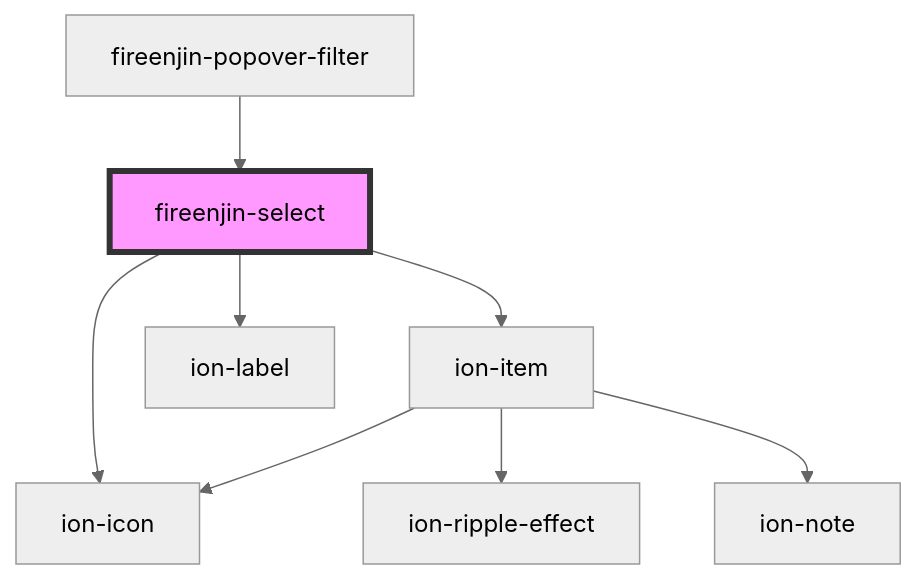
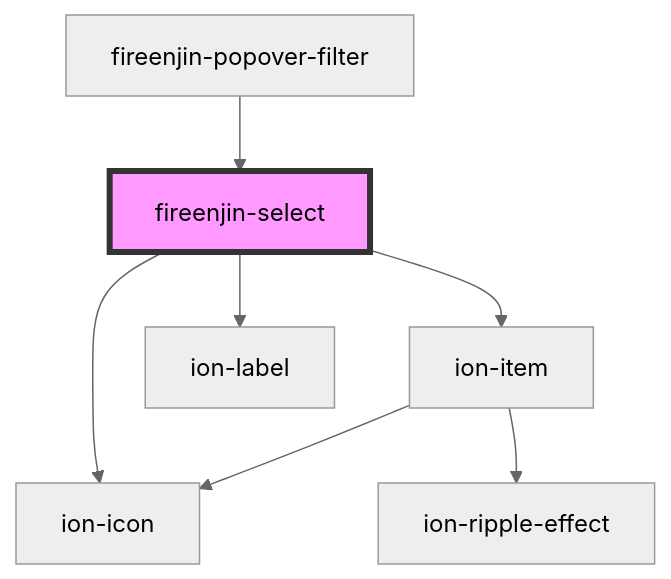
The diagram in src/components/select/readme.md (FireEnjin/Components), drawn with Mermaid (neutral theme) before and after one commit. The commit also changed 15 other files, not shown here.

````diff
--- a/src/components/select/readme.md
+++ b/src/components/select/readme.md
@@ -63,11 +63,10 @@
 ```mermaid
 graph TD;
   fireenjin-select --> ion-item
   fireenjin-select --> ion-icon
   fireenjin-select --> ion-label
   ion-item --> ion-icon
   ion-item --> ion-ripple-effect
-  ion-item --> ion-note
   fireenjin-popover-filter --> fireenjin-select
   style fireenjin-select fill:#f9f,stroke:#333,stroke-width:4px
 ```
````
